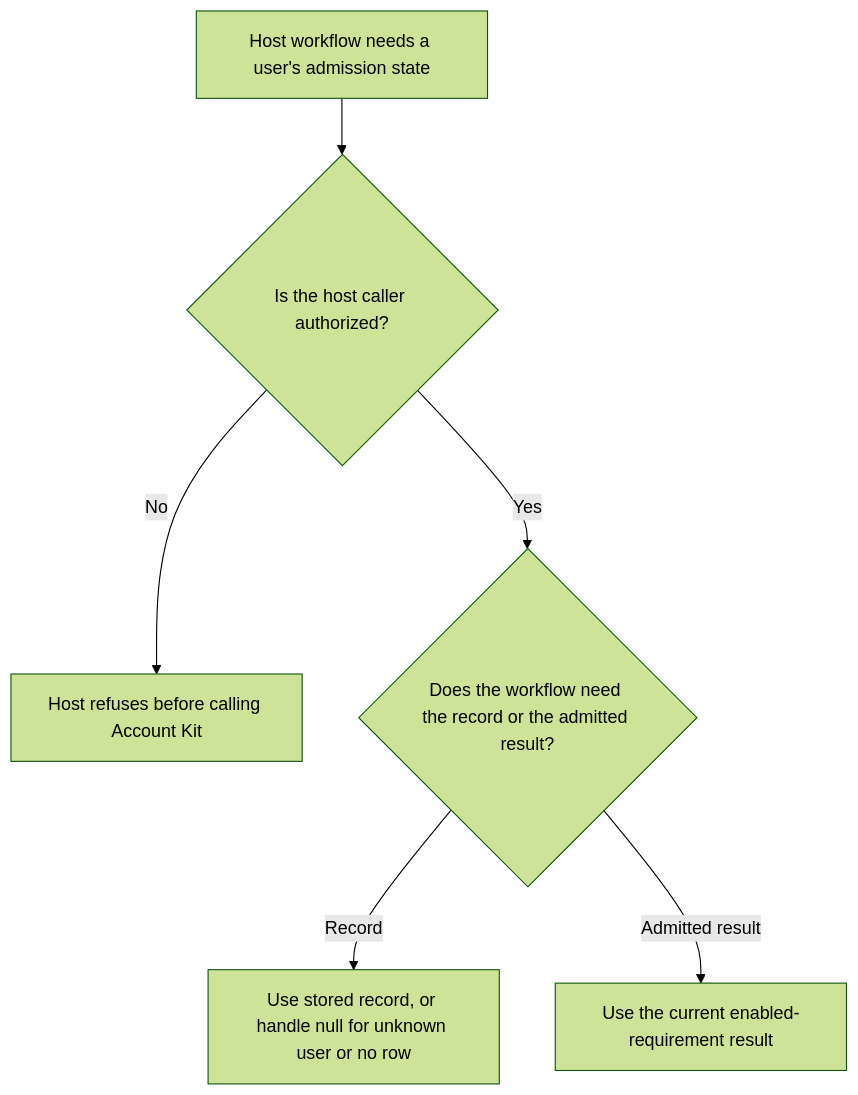
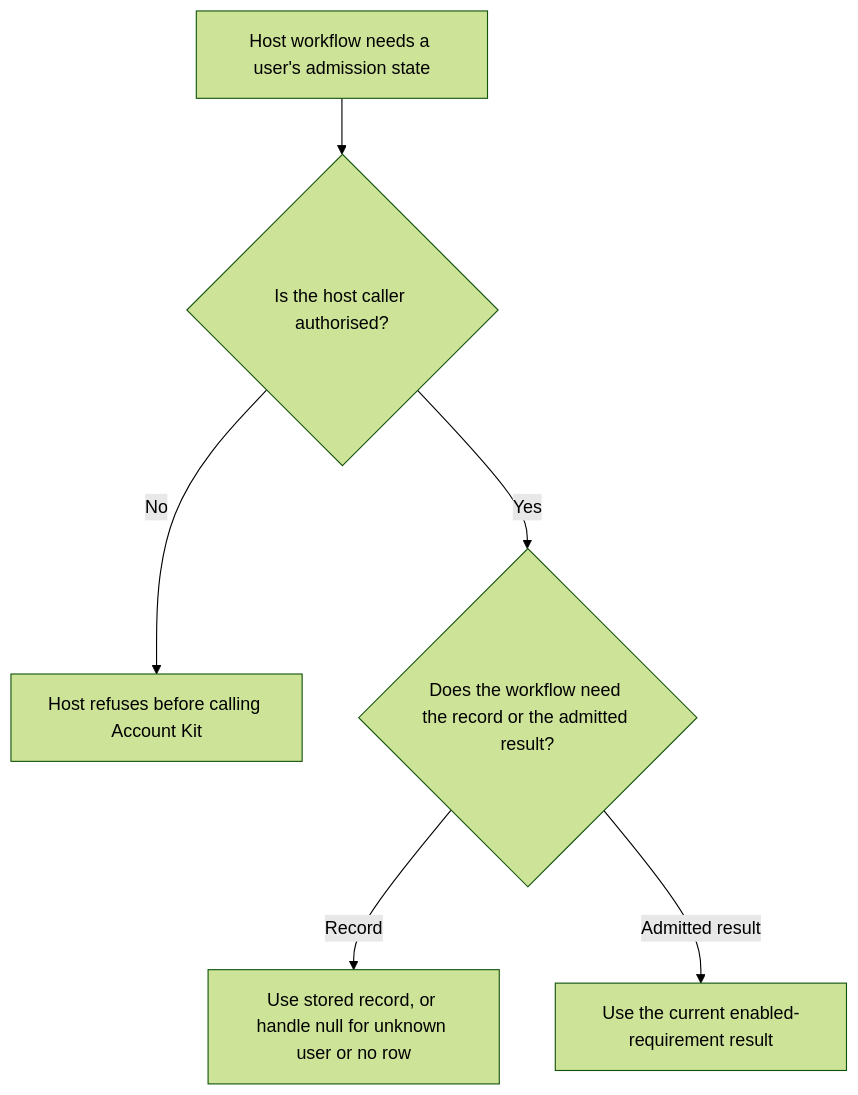
Before and after one commit to Kevinjohn/oss-adonisjs-account-kit: the first of 2 diagrams in user-stories/US-ACCOUNT-57-check-admission-record.md, drawn with Mermaid (forest theme). The commit also changed other lines of this file and 93 other files, not shown here.

````diff
--- a/user-stories/US-ACCOUNT-57-check-admission-record.md
+++ b/user-stories/US-ACCOUNT-57-check-admission-record.md
@@ -20,8 +20,8 @@
 ```mermaid
 flowchart TD
- A["Host workflow needs a user's admission state"] --> B{"Is the host caller authorized?"}
+ A["Host workflow needs a user's admission state"] --> B{"Is the host caller authorised?"}
  B -->|No| C["Host refuses before calling Account Kit"]
  B -->|Yes| D{"Does the workflow need the record or the admitted result?"}
  D -->|Record| E["Use stored record, or handle null for unknown user or no row"]
  D -->|Admitted result| F["Use the current enabled-requirement result"]
 ```
````
